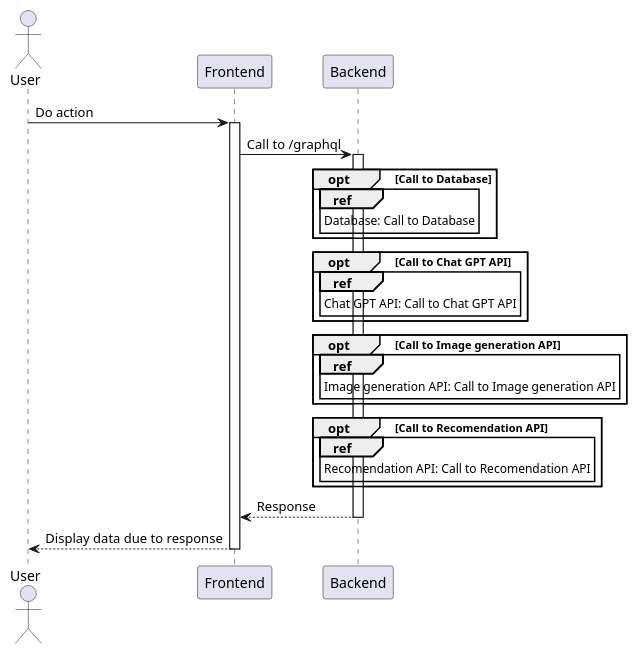
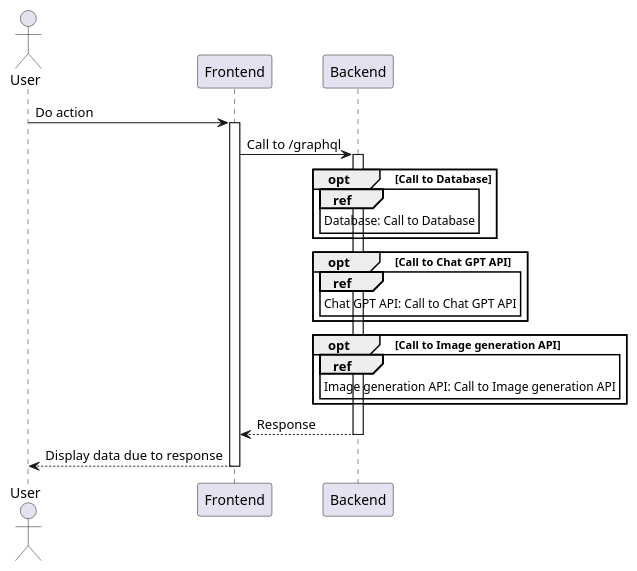
The first of 4 diagrams in SequenceDiagrams.md (kambed/FoodzillaArchitecture), drawn with PlantUML before and after one commit. The commit also changed other lines of this file and 3 other files, not shown here.

````diff
--- a/SequenceDiagrams.md
+++ b/SequenceDiagrams.md
@@ -3,34 +3,29 @@
 ```plantuml
 @startuml
 actor User
 participant Frontend
 participant Backend
 
 User -> Frontend: Do action
 activate Frontend
 Frontend -> Backend: Call to /graphql
 activate Backend
 opt Call to Database
     ref over Backend
         Database: Call to Database
     end
 end
 opt Call to Chat GPT API
     ref over Backend
         Chat GPT API: Call to Chat GPT API
     end
 end
 opt Call to Image generation API
     ref over Backend
         Image generation API: Call to Image generation API
     end
 end
-opt Call to Recomendation API
-    ref over Backend
-        Recomendation API: Call to Recomendation API
-    end
-end
 return Response
 return Display data due to response
 @enduml
 ```
````
